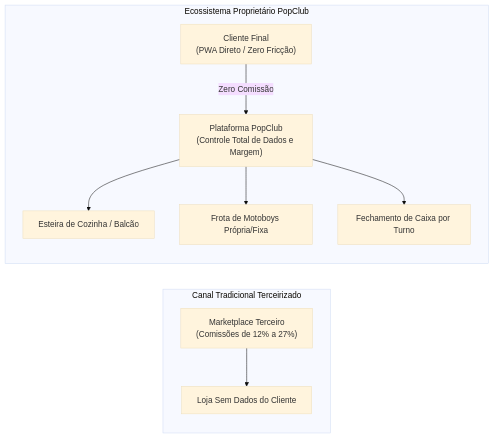
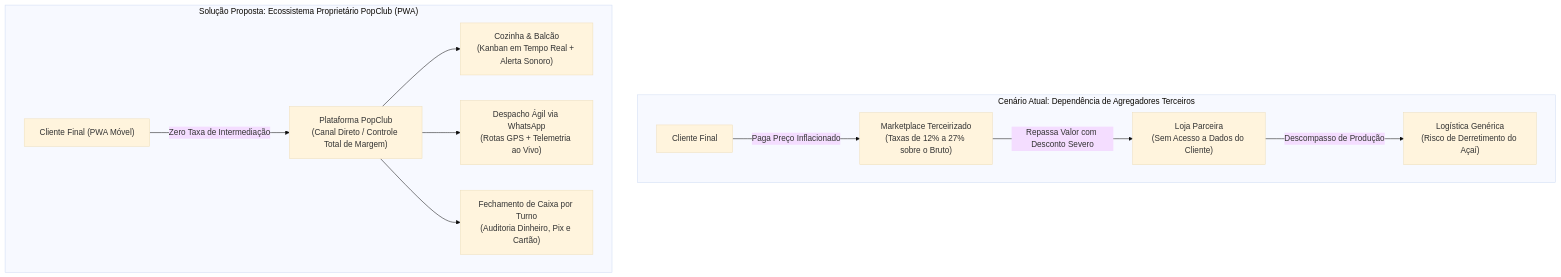
The first of 5 diagrams in docs/DOCUMENTO_LEVANTAMENTO_REQUISITOS.md (WiltonGabriel/PopClub), drawn with Mermaid (base theme) before and after one commit. The commit also changed other lines of this file, not shown here.

````diff
--- a/docs/DOCUMENTO_LEVANTAMENTO_REQUISITOS.md
+++ b/docs/DOCUMENTO_LEVANTAMENTO_REQUISITOS.md
@@ -26,13 +74,16 @@
 ```mermaid
-flowchart LR
-    subgraph CanalLegado ["Canal Tradicional Terceirizado"]
-        Marketplace["Marketplace Terceiro\n(Comissões de 12% a 27%)"] --> LojaMkt["Loja Sem Dados do Cliente"]
+flowchart TD
+    subgraph MercadoTradicional ["Cenário Atual: Dependência de Agregadores Terceiros"]
+        MktPlace["Marketplace Terceirizado\n(Taxas de 12% a 27% sobre o Bruto)"]
+        ConsumidorA["Cliente Final"] -->|Paga Preço Inflacionado| MktPlace
+        MktPlace -->|Repassa Valor com Desconto Severo| LojaParceira["Loja Parceira\n(Sem Acesso a Dados do Cliente)"]
+        LojaParceira -->|Descompasso de Produção| LogisticaLenta["Logística Genérica\n(Risco de Derretimento do Açaí)"]
     end
 
-    subgraph CanalPopClub ["Ecossistema Proprietário PopClub"]
-        ClientePWA["Cliente Final\n(PWA Direto / Zero Fricção)"] -->|"Zero Comissão"| PopPlatform["Plataforma PopClub\n(Controle Total de Dados e Margem)"]
-        PopPlatform --> Cozinha["Esteira de Cozinha / Balcão"]
-        PopPlatform --> Despacho["Frota de Motoboys Própria/Fixa"]
-        PopPlatform --> Gestor["Fechamento de Caixa por Turno"]
+    subgraph EcossistemaPopClub ["Solução Proposta: Ecossistema Proprietário PopClub (PWA)"]
+        ConsumidorB["Cliente Final (PWA Móvel)"] -->|Zero Taxa de Intermediação| PlataformaPopClub["Plataforma PopClub\n(Canal Direto / Controle Total de Margem)"]
+        PlataformaPopClub --> CozinhaKanban["Cozinha & Balcão\n(Kanban em Tempo Real + Alerta Sonoro)"]
+        PlataformaPopClub --> LogisticaWhatsApp["Despacho Ágil via WhatsApp\n(Rotas GPS + Telemetria ao Vivo)"]
+        PlataformaPopClub --> CaixaTurno["Fechamento de Caixa por Turno\n(Auditoria Dinheiro, Pix e Cartão)"]
     end
 ```
````
